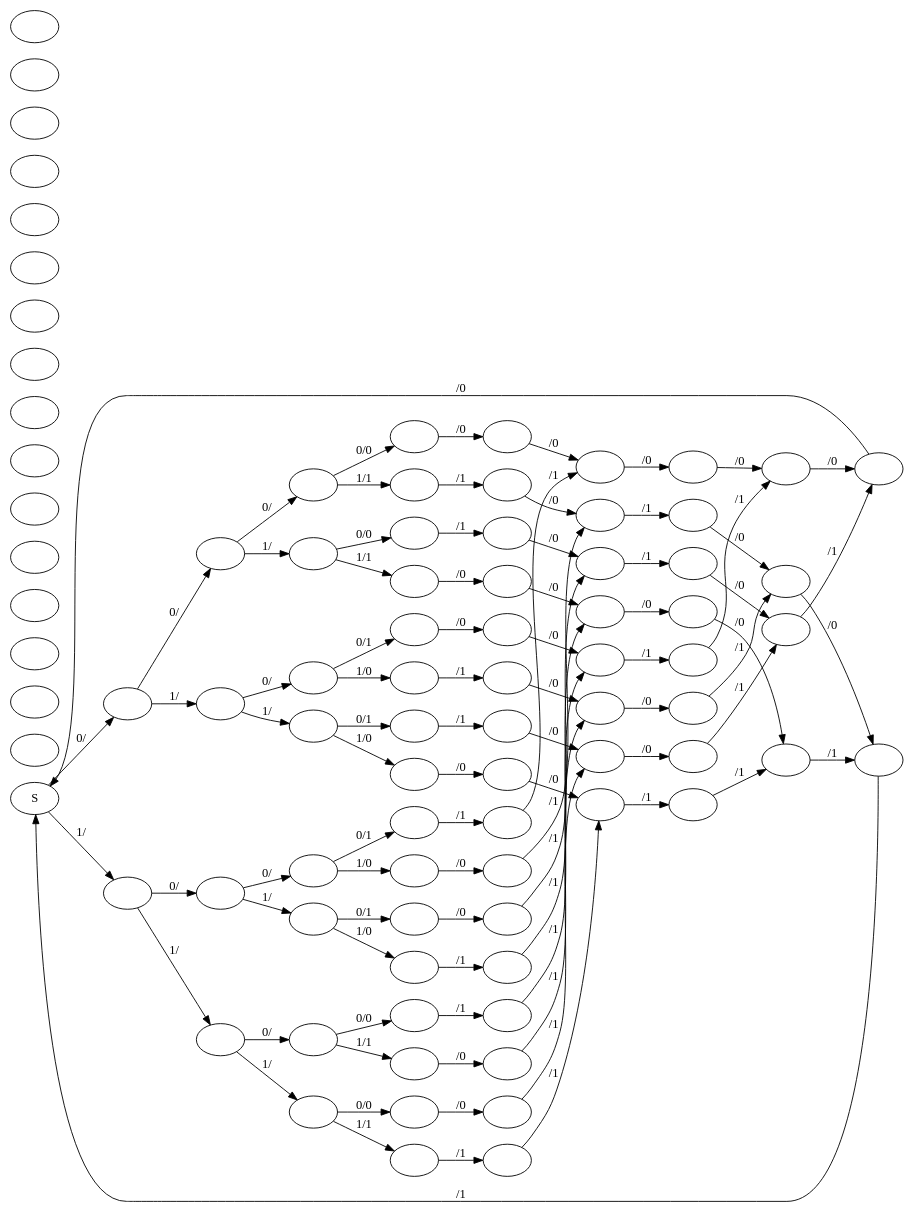
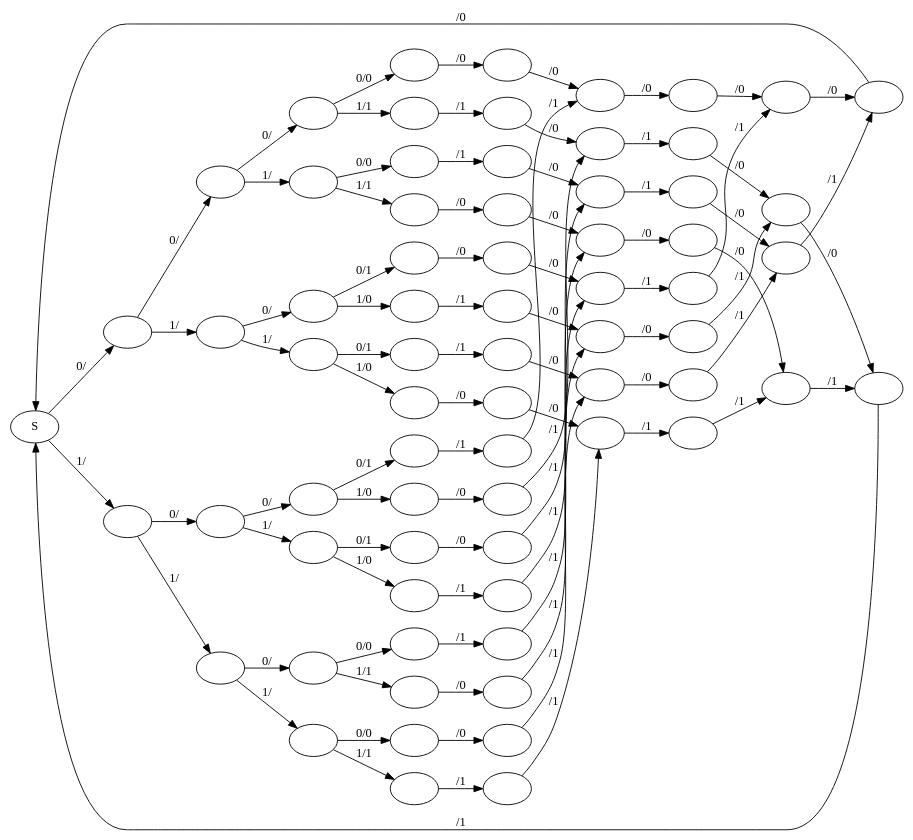
The diagram in doc/hamming74.dot (ihh/dnastore), drawn with Graphviz before and after one commit. The commit also changed 1 other file, not shown here.

```diff
--- a/doc/hamming74.dot
+++ b/doc/hamming74.dot
@@ -1,171 +1,155 @@
 digraph G {
 rankdir=LR;
 S -> 0 [label="0/"];
 S -> 1 [label="1/"];
 0 -> 00 [label="0/"];
 0 -> 01 [label="1/"];
 1 -> 10 [label="0/"];
 1 -> 11 [label="1/"];
 00 -> 000 [label="0/"];
 00 -> 001 [label="1/"];
 01 -> 010 [label="0/"];
 01 -> 011 [label="1/"];
 10 -> 100 [label="0/"];
 10 -> 101 [label="1/"];
 11 -> 110 [label="0/"];
 11 -> 111 [label="1/"];
 000 -> p1_0000 [label="0/0"];
 000 -> p1_0001 [label="1/1"];
 001 -> p1_0010 [label="0/0"];
 001 -> p1_0011 [label="1/1"];
 010 -> p1_0100 [label="0/1"];
 010 -> p1_0101 [label="1/0"];
 011 -> p1_0110 [label="0/1"];
 011 -> p1_0111 [label="1/0"];
 100 -> p1_1000 [label="0/1"];
 100 -> p1_1001 [label="1/0"];
 101 -> p1_1010 [label="0/1"];
 101 -> p1_1011 [label="1/0"];
 110 -> p1_1100 [label="0/0"];
 110 -> p1_1101 [label="1/1"];
 111 -> p1_1110 [label="0/0"];
 111 -> p1_1111 [label="1/1"];
 p1_0000 -> p2_0000 [label="/0"];
 p1_0001 -> p2_0001 [label="/1"];
 p1_0010 -> p2_0010 [label="/1"];
 p1_0011 -> p2_0011 [label="/0"];
 p1_0100 -> p2_0100 [label="/0"];
 p1_0101 -> p2_0101 [label="/1"];
 p1_0110 -> p2_0110 [label="/1"];
 p1_0111 -> p2_0111 [label="/0"];
 p1_1000 -> p2_1000 [label="/1"];
 p1_1001 -> p2_1001 [label="/0"];
 p1_1010 -> p2_1010 [label="/0"];
 p1_1011 -> p2_1011 [label="/1"];
 p1_1100 -> p2_1100 [label="/1"];
 p1_1101 -> p2_1101 [label="/0"];
 p1_1110 -> p2_1110 [label="/0"];
 p1_1111 -> p2_1111 [label="/1"];
 p2_0000 -> d1_000 [label="/0"];
 p2_0001 -> d1_001 [label="/0"];
 p2_0010 -> d1_010 [label="/0"];
 p2_0011 -> d1_011 [label="/0"];
 p2_0100 -> d1_100 [label="/0"];
 p2_0101 -> d1_101 [label="/0"];
 p2_0110 -> d1_110 [label="/0"];
 p2_0111 -> d1_111 [label="/0"];
 p2_1000 -> d1_000 [label="/1"];
 p2_1001 -> d1_001 [label="/1"];
 p2_1010 -> d1_010 [label="/1"];
 p2_1011 -> d1_011 [label="/1"];
 p2_1100 -> d1_100 [label="/1"];
 p2_1101 -> d1_101 [label="/1"];
 p2_1110 -> d1_110 [label="/1"];
 p2_1111 -> d1_111 [label="/1"];
 d1_000 -> p3_000 [label="/0"];
 d1_001 -> p3_001 [label="/1"];
 d1_010 -> p3_010 [label="/1"];
 d1_011 -> p3_011 [label="/0"];
 d1_100 -> p3_100 [label="/1"];
 d1_101 -> p3_101 [label="/0"];
 d1_110 -> p3_110 [label="/0"];
 d1_111 -> p3_111 [label="/1"];
 p3_000 -> d2_00 [label="/0"];
 p3_001 -> d2_01 [label="/0"];
 p3_010 -> d2_10 [label="/0"];
 p3_011 -> d2_11 [label="/0"];
 p3_100 -> d2_00 [label="/1"];
 p3_101 -> d2_01 [label="/1"];
 p3_110 -> d2_10 [label="/1"];
 p3_111 -> d2_11 [label="/1"];
 d2_00 -> d3_0 [label="/0"];
 d2_01 -> d3_1 [label="/0"];
 d2_10 -> d3_0 [label="/1"];
 d2_11 -> d3_1 [label="/1"];
 d3_0 -> S [label="/0"];
 d3_1 -> S [label="/1"];
 0 [label=""];
 d3_0 [label=""];
 1 [label=""];
 d3_1 [label=""];
 00 [label=""];
 d2_00 [label=""];
 01 [label=""];
 d2_01 [label=""];
 10 [label=""];
 d2_10 [label=""];
 11 [label=""];
 d2_11 [label=""];
 000 [label=""];
 d1_000 [label=""];
 p3_000 [label=""];
 001 [label=""];
 d1_001 [label=""];
 p3_001 [label=""];
 010 [label=""];
 d1_010 [label=""];
 p3_010 [label=""];
 011 [label=""];
 d1_011 [label=""];
 p3_011 [label=""];
 100 [label=""];
 d1_100 [label=""];
 p3_100 [label=""];
 101 [label=""];
 d1_101 [label=""];
 p3_101 [label=""];
 110 [label=""];
 d1_110 [label=""];
 p3_110 [label=""];
 111 [label=""];
 d1_111 [label=""];
 p3_111 [label=""];
-0000 [label=""];
 p1_0000 [label=""];
 p2_0000 [label=""];
-0001 [label=""];
 p1_0001 [label=""];
 p2_0001 [label=""];
-0010 [label=""];
 p1_0010 [label=""];
 p2_0010 [label=""];
-0011 [label=""];
 p1_0011 [label=""];
 p2_0011 [label=""];
-0100 [label=""];
 p1_0100 [label=""];
 p2_0100 [label=""];
-0101 [label=""];
 p1_0101 [label=""];
 p2_0101 [label=""];
-0110 [label=""];
 p1_0110 [label=""];
 p2_0110 [label=""];
-0111 [label=""];
 p1_0111 [label=""];
 p2_0111 [label=""];
-1000 [label=""];
 p1_1000 [label=""];
 p2_1000 [label=""];
-1001 [label=""];
 p1_1001 [label=""];
 p2_1001 [label=""];
-1010 [label=""];
 p1_1010 [label=""];
 p2_1010 [label=""];
-1011 [label=""];
 p1_1011 [label=""];
 p2_1011 [label=""];
-1100 [label=""];
 p1_1100 [label=""];
 p2_1100 [label=""];
-1101 [label=""];
 p1_1101 [label=""];
 p2_1101 [label=""];
-1110 [label=""];
 p1_1110 [label=""];
 p2_1110 [label=""];
-1111 [label=""];
 p1_1111 [label=""];
 p2_1111 [label=""];
 }
```
